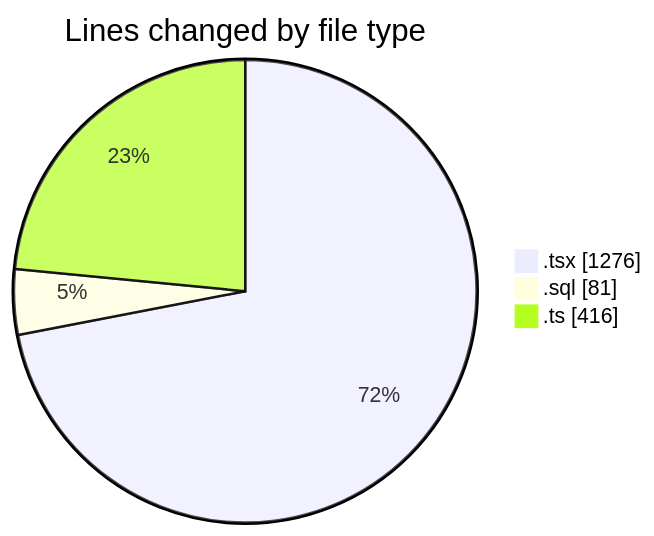
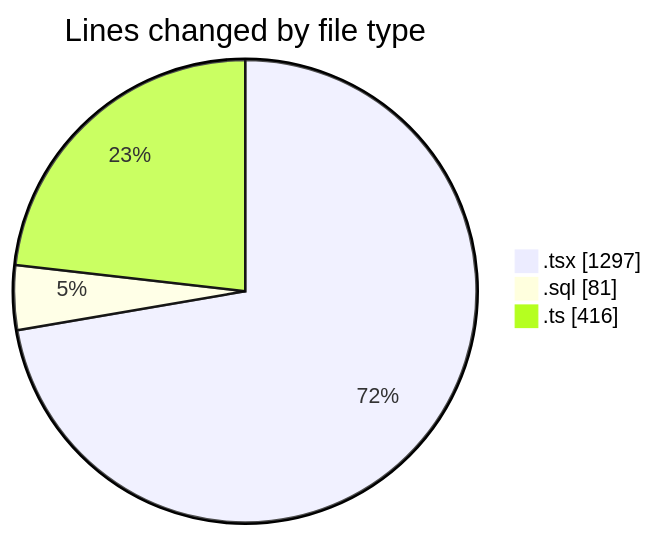
The first of 2 diagrams in 2025-09-09/hiai-phf/README.md (lephambinh05/code-tracking), drawn with Mermaid before and after one commit. The commit also changed other lines of this file and 1 other file, not shown here.

````diff
--- a/2025-09-09/hiai-phf/README.md
+++ b/2025-09-09/hiai-phf/README.md
@@ -36,7 +36,7 @@
 ```mermaid
 pie showData
 title Lines changed by file type
-".tsx" : 1276
+".tsx" : 1297
 ".sql" : 81
 ".ts" : 416
 ```
````
